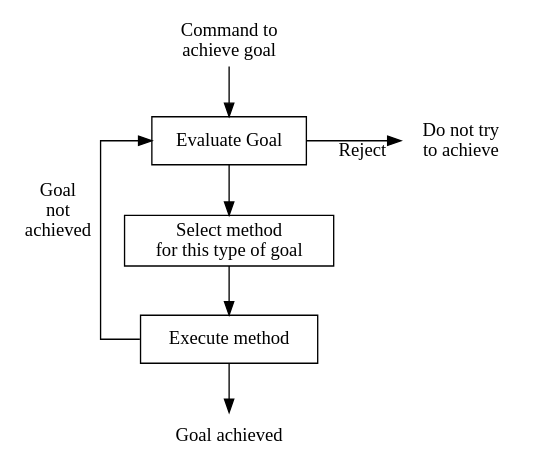
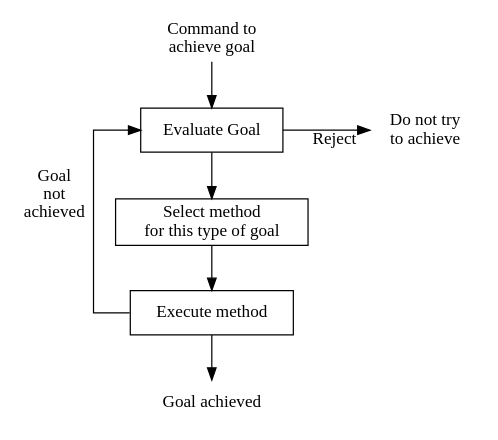
Before and after one commit to brudgers/general-problem-solver: the diagram in general-problem-solver.org, drawn with Graphviz. The commit also changed other lines of this file and 5 other files, not shown here.

```diff
--- a/general-problem-solver.org
+++ b/general-problem-solver.org
@@ -26,18 +26,19 @@
-#+BEGIN_SRC dot :file gps-exec.svg :exports results
+#+BEGIN_SRC dot :file gps-exec.svg :exports both
 digraph G {
+size="5,5";
 ratio=1.1;
 a[label="Command to\nachieve goal", shape=plaintext];
 b[label="Evaluate Goal", shape=box];
 bb[label="Do not try\nto achieve", shape=plaintext];
 c[label="Select method\nfor this type of goal", shape=box];
 d[label="Execute method", shape=box];
 e[label="Goal achieved", shape=plaintext];
 splines=ortho;
 {
 a -> b -> c -> d -> e;
 }
 rank=same {b, bb}
 b:e -> bb:w [label="Reject"];
 d:w -> b:w [xlabel="Goal\nnot\nachieved", constraint=false];
 }
 #+END_SRC
```
